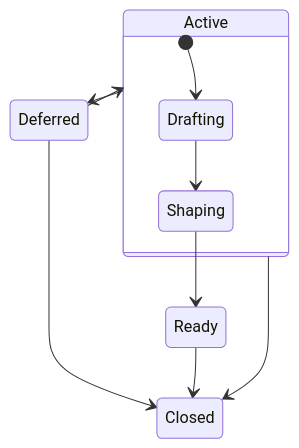
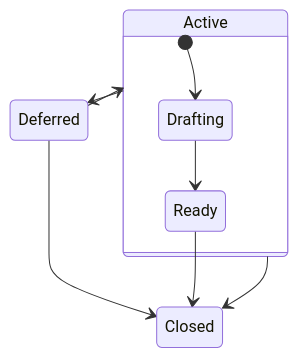
Before and after one commit to p4lang/p4analyzer: the first of 2 diagrams in docs/issue-lifecycle.md, drawn with Mermaid. The commit also changed other lines of this file and 1 other file, not shown here.

````diff
--- a/docs/issue-lifecycle.md
+++ b/docs/issue-lifecycle.md
@@ -8,14 +10,13 @@
 ```mermaid
 stateDiagram-v2
 	Active
 	state Active {
 		[*] --> Drafting
-		Drafting --> Shaping
+		Drafting --> Ready
 	}
-	Shaping --> Ready
 	Active --> Deferred
 	Active --> Closed
 	Deferred --> Closed
 	Deferred --> Active
 	Ready --> Closed
 ```
````
